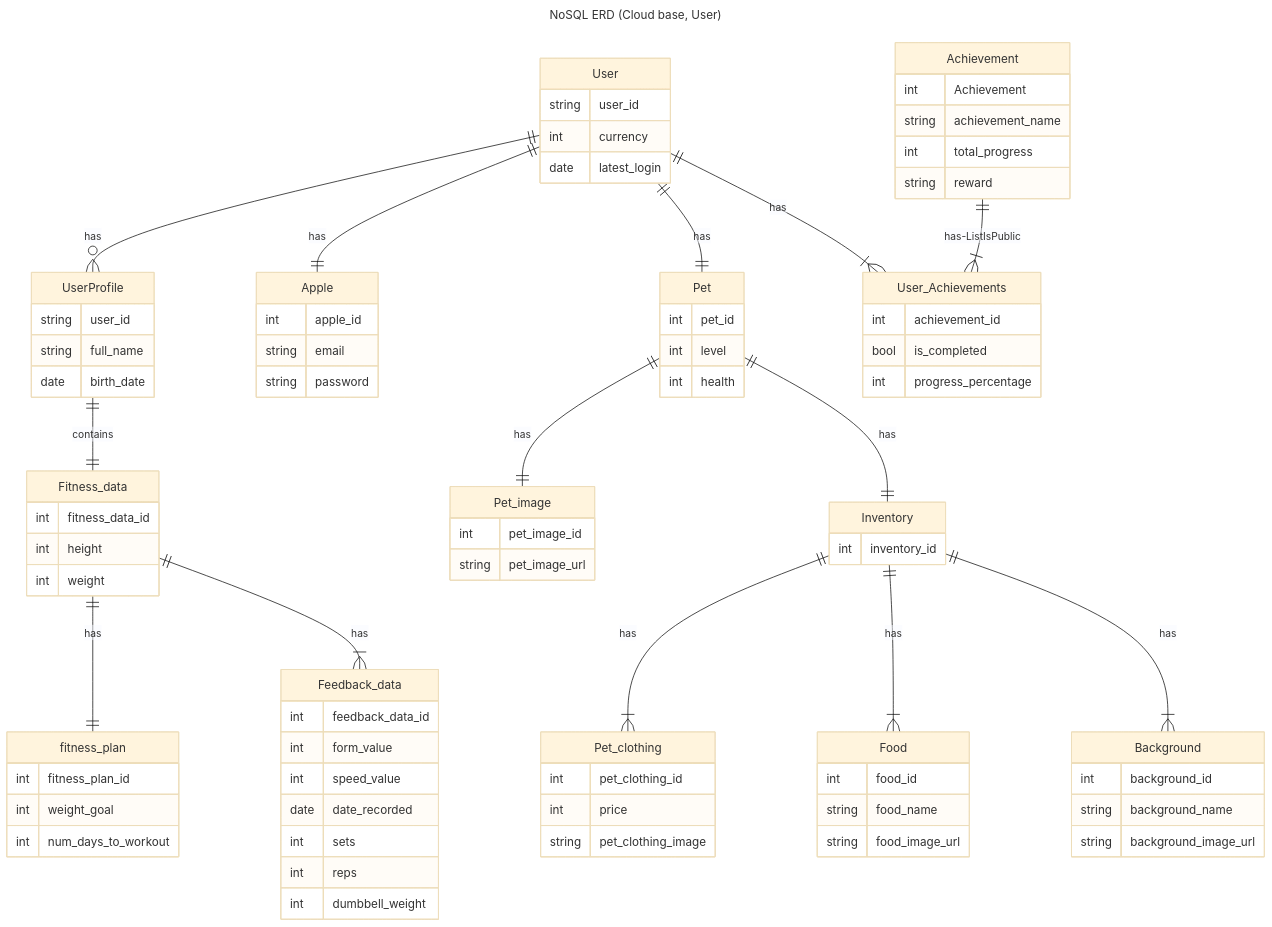
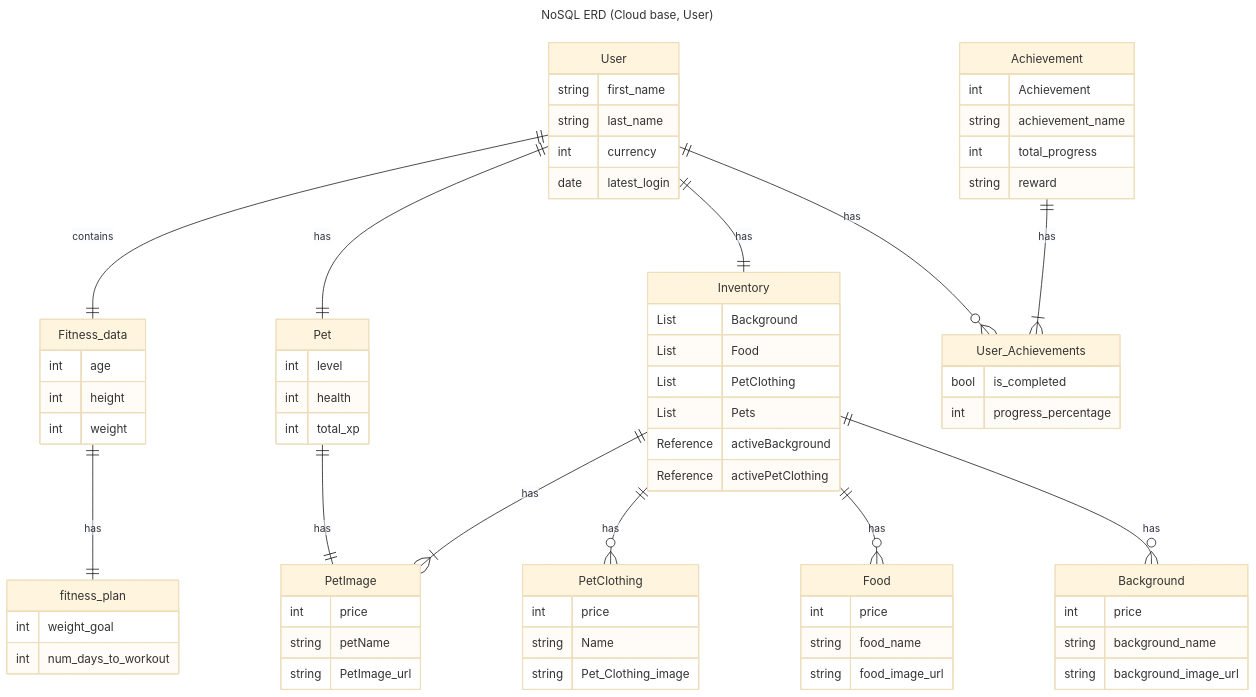
One commit to Capstone-Projects-2024-Spring/project-smartweights changed the first of 2 diagrams in documentation/docs/system-architecture/database-diagrams.md. Above: the diagram before and after it, drawn with Mermaid (base theme). The commit also changed other lines of this file, not shown here.

Commit message:
database

````diff
--- a/documentation/docs/system-architecture/database-diagrams.md
+++ b/documentation/docs/system-architecture/database-diagrams.md
@@ -18,92 +37,77 @@
 ---
 title: NoSQL ERD (Cloud base, User)
 ---
-erDiagram 
-    User ||--o{ UserProfile : has
-    User ||--|| Apple : has
+erDiagram
+
     %% User ||--||Achievement_List: has
-    UserProfile ||--||Fitness_data: contains
-    User ||--||Pet:has
-    Pet ||--|| Pet_image: has 
-    Inventory ||--|{ Pet_clothing: has 
-    Pet ||--||Inventory: has
-    Inventory ||--|{ Food: has 
-    Inventory ||--|{ Background: has 
-    %% Shop ||--|{ Pet: has
-    %% Shop ||--|{ Pet_clothing: has
-    Fitness_data||--||fitness_plan: has 
-    Fitness_data||--|{Feedback_data:has
-   User ||--|{User_Achievements:has
-    Achievement ||--|{ User_Achievements: has-ListIsPublic
+   
+    User ||--||Fitness_data: contains
+    User ||--||Inventory: has
+    User ||--||Pet: has
+    Pet ||--|| PetImage: has
+    Inventory ||--|{ PetImage: has
+    Inventory ||--o{ PetClothing: has
+ 
+    Inventory ||--o{ Food: has
+    Inventory ||--o{ Background: has
+    Fitness_data||--||fitness_plan: has
 
-    UserProfile {
-        string user_id
-        string full_name
-        date birth_date
+   User ||--o{User_Achievements:has
+    Achievement ||--|{ User_Achievements: has
+
+
+    Fitness_data{
+        int age
+        int height
+        int weight
+
     }
-    Fitness_data{
-        int fitness_data_id
-        int height
-        int weight 
-     
-    }
-    Feedback_data{
-        int feedback_data_id
-        int form_value
-        int speed_value
-        date date_recorded
-        int sets
-        int reps
-        int dumbbell_weight
-    }
+
     fitness_plan{
-        int fitness_plan_id
+
         int weight_goal
         int num_days_to_workout
     }
     User {
-        string user_id
+        string first_name
+        string last_name
         int currency
         date latest_login
-        %% string apple_id
-        %% enum account_type
-        %% date registration_date
+
     }
-    Apple{
-        int apple_id
-        string email
-        string password
-    }
-    %% Account_type{
-    %%     int account_type_id
-    %%     string account_type 
-    %% }
     Pet{
-        int pet_id
         int level
         int health
+        int total_xp
     }
-    Pet_image{
-        int pet_image_id
-        string pet_image_url
+    PetImage{
+        int price
+        string petName
+        string PetImage_url
     }
     Inventory{
-        int inventory_id
+        List Background
+        List Food
+        List PetClothing
+        List Pets
+        Reference activeBackground
+        Reference activePetClothing
+
     }
     Food{
-        int food_id
+        int price
         string food_name
         string food_image_url
     }
     Background{
-        int background_id
+        int price
         string background_name
         string background_image_url
     }
-    Pet_clothing{
-        int pet_clothing_id
-        int price 
-        string pet_clothing_image
+    PetClothing{
+        int price
+        string Name
+        string Pet_Clothing_image
     }
    Achievement{
         int Achievement
@@ -112,11 +116,10 @@
         string reward
     }
     User_Achievements{
-        int achievement_id
 
          bool is_completed
         int progress_percentage
-      
+
     }
-    
+
 ```
````
